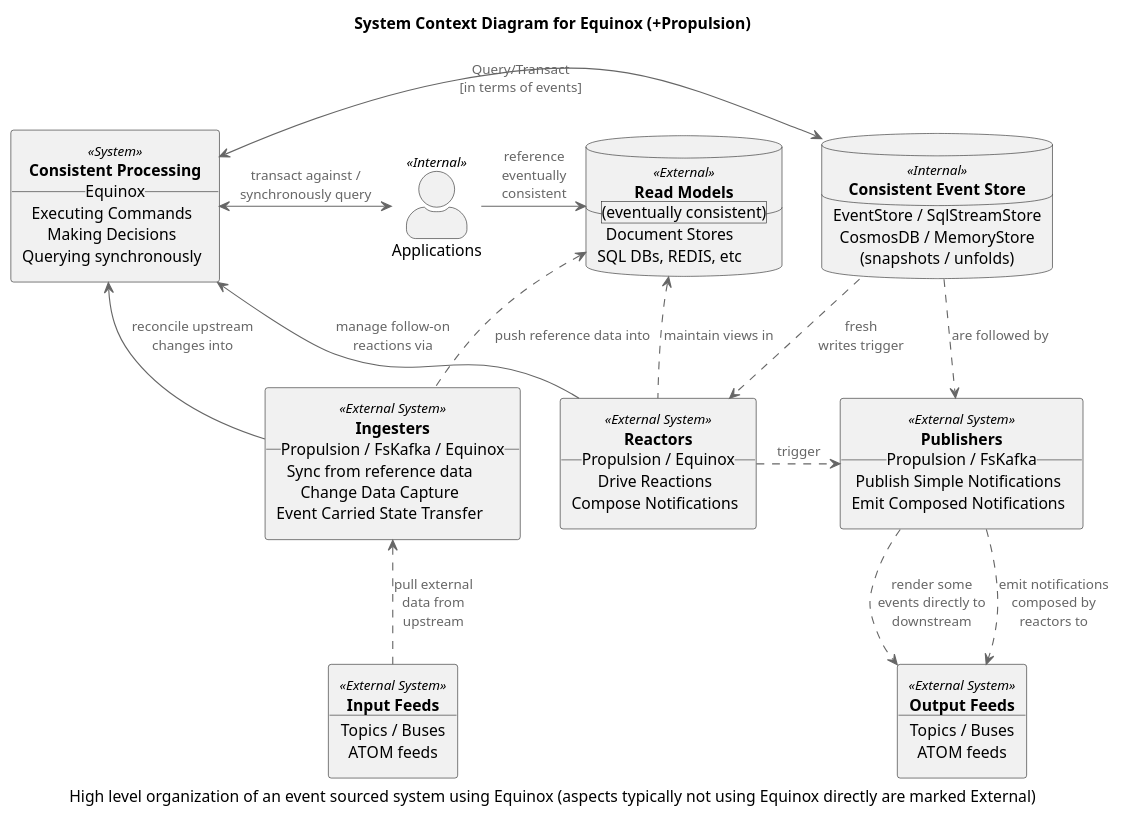
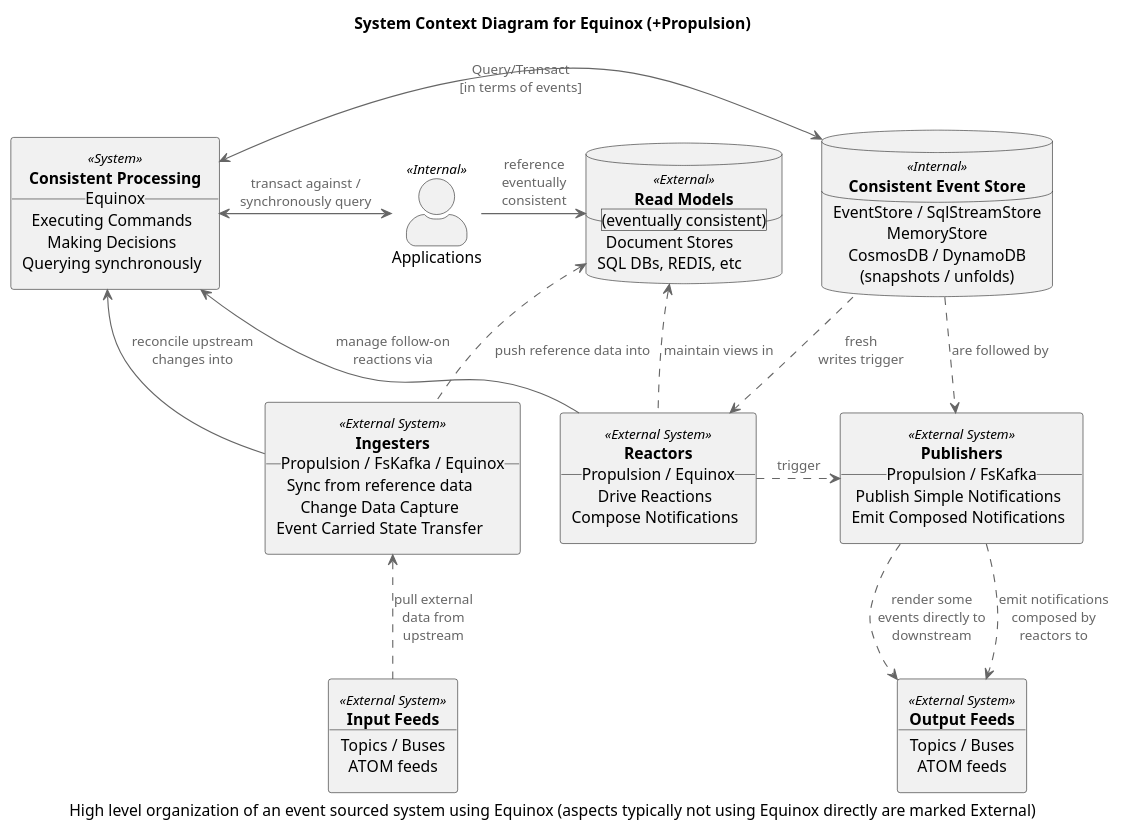
The diagram in diagrams/context.puml (jet/equinox), drawn with PlantUML before and after one commit. The commit also changed 1 other file, not shown here.

```diff
--- a/diagrams/context.puml
+++ b/diagrams/context.puml
@@ -1,87 +1,88 @@
 @startuml
 !includeurl https://raw.githubusercontent.com/skleanthous/C4-PlantumlSkin/master/build/output/c4.puml
 
 title System Context Diagram for Equinox (+Propulsion)
 caption High level organization of an event sourced system using Equinox (aspects typically not using Equinox directly are marked External)
 
 actor "Applications" <<Internal>> as apps
 
 rectangle services <<System>> [
     **Consistent Processing**
     __Equinox__
     Executing Commands
     Making Decisions
     Querying synchronously
 ]
 
 database stores <<Internal>> [
     **Consistent Event Store**
     ____
     EventStore / SqlStreamStore
-    CosmosDB / MemoryStore
+    MemoryStore
+    CosmosDB / DynamoDB 
     (snapshots / unfolds)
 ]
 
 database caches <<External>> [
     **Read Models**
     __(eventually consistent)__
     Document Stores 
     SQL DBs, REDIS, etc
 ]
 
 together {
     rectangle ingesters <<External System>> [
         **Ingesters**
         __Propulsion / FsKafka / Equinox__
         Sync from reference data
         Change Data Capture
         Event Carried State Transfer
     ]
     rectangle reactors <<External System>> [
         **Reactors**
         __Propulsion / Equinox__
         Drive Reactions
         Compose Notifications
     ]
     rectangle publishers <<External System>> [
         **Publishers**
         __Propulsion / FsKafka__
         Publish Simple Notifications
         Emit Composed Notifications
     ]
 }
 
 rectangle inputs <<External System>> [
     **Input Feeds**
     ____
     Topics / Buses
     ATOM feeds 
 ]
 
 rectangle outputs <<External System>> [
     **Output Feeds**
     ____
     Topics / Buses
     ATOM feeds
 ]
 
 apps          -> caches     : reference\neventually\nconsistent
 apps       <-L-> services   : transact against /\nsynchronously query
 
 services   <-R-> stores     : Query/Transact\n[in terms of events]
 
 stores       ..> publishers : are followed by
 stores       ..> reactors   : fresh\nwrites trigger
 
 ingesters  <..   inputs     : pull external\ndata from\nupstream
 ingesters    --> services   : reconcile upstream\nchanges into
 ingesters   .U.> caches     : push reference data into
 
 reactors     --> services   : manage follow-on reactions via
 reactors    .U.> caches     : maintain views in
 reactors      .> publishers : trigger
 
 publishers   ..> outputs    : emit notifications composed by\nreactors to
 publishers   ..> outputs    : render some\nevents directly to downstream
 
 @enduml
```
